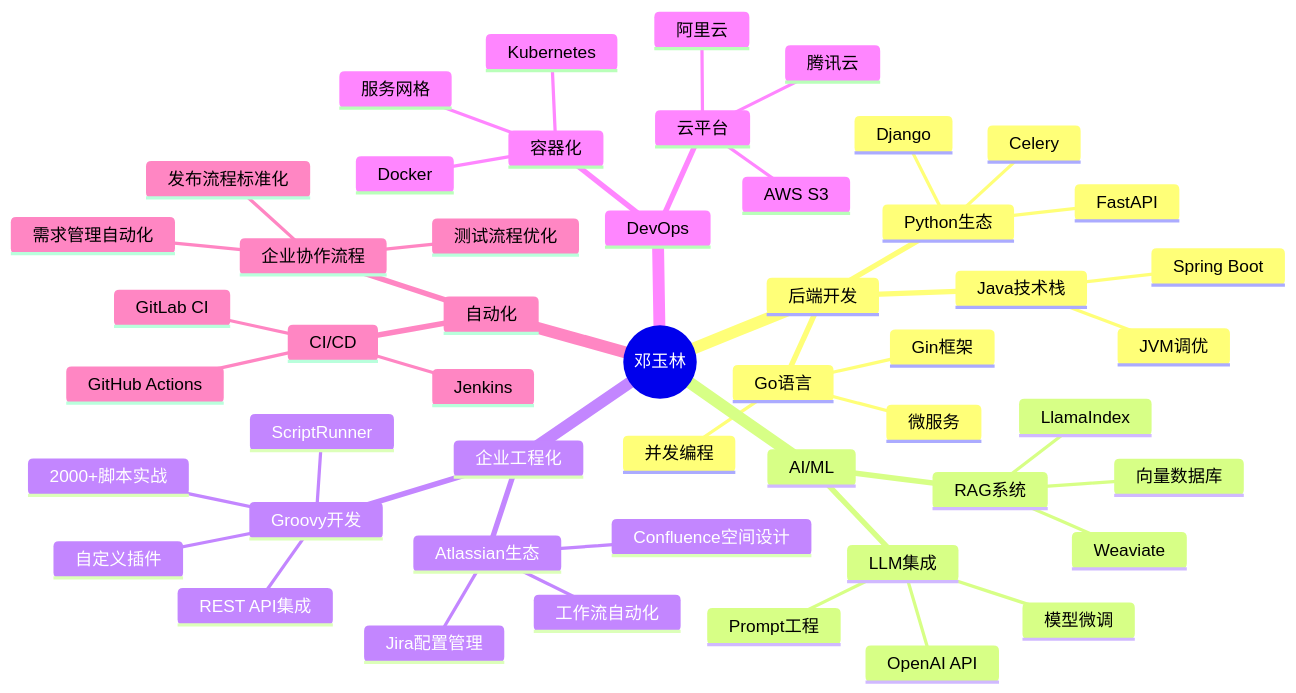
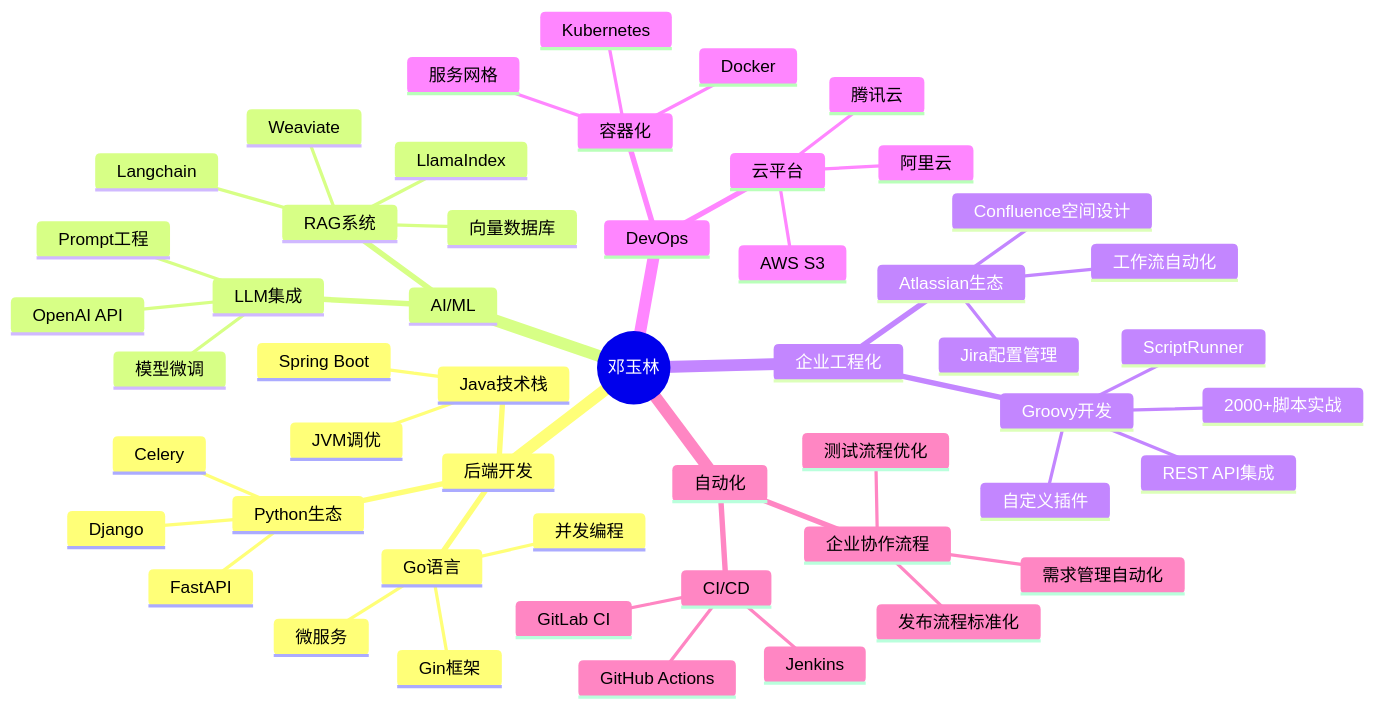
The diagram in README.md (DYL521/DYL521), drawn with Mermaid before and after one commit.

````diff
--- a/README.md
+++ b/README.md
@@ -182,53 +182,54 @@
 ```mermaid
 mindmap
   root((邓玉林))
     后端开发
       Python生态
         Django
         FastAPI
         Celery
       Go语言
         Gin框架
         并发编程
         微服务
       Java技术栈
         Spring Boot
         JVM调优
     AI/ML
       RAG系统
         LlamaIndex
+        Langchain
         Weaviate
         向量数据库
       LLM集成
         OpenAI API
         模型微调
         Prompt工程
     企业工程化
       Atlassian生态
         Jira配置管理
         Confluence空间设计
         工作流自动化
       Groovy开发
         ScriptRunner
         自定义插件
         REST API集成
         2000+脚本实战
     DevOps
       容器化
         Docker
         Kubernetes
         服务网格
       云平台
         AWS S3
         阿里云
         腾讯云
     自动化
       企业协作流程
         需求管理自动化
         测试流程优化
         发布流程标准化
       CI/CD
         Jenkins
         GitLab CI
         GitHub Actions
 ```
````
